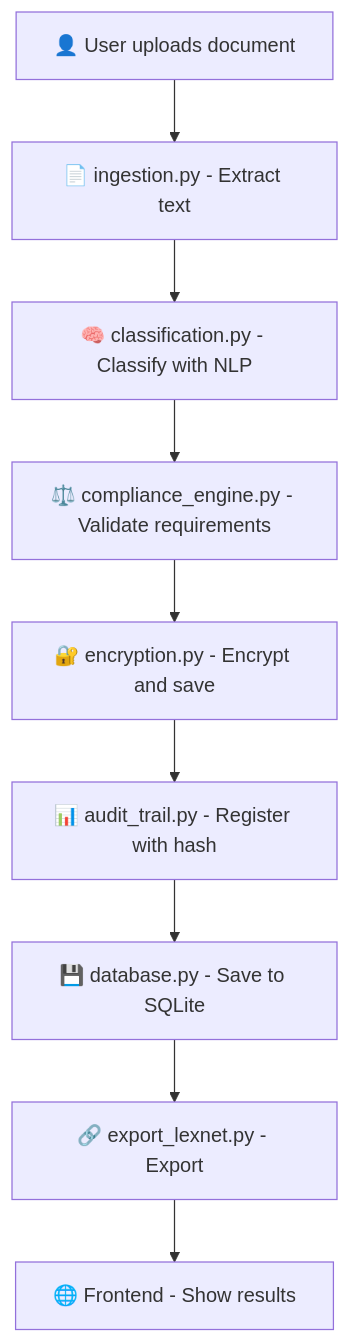
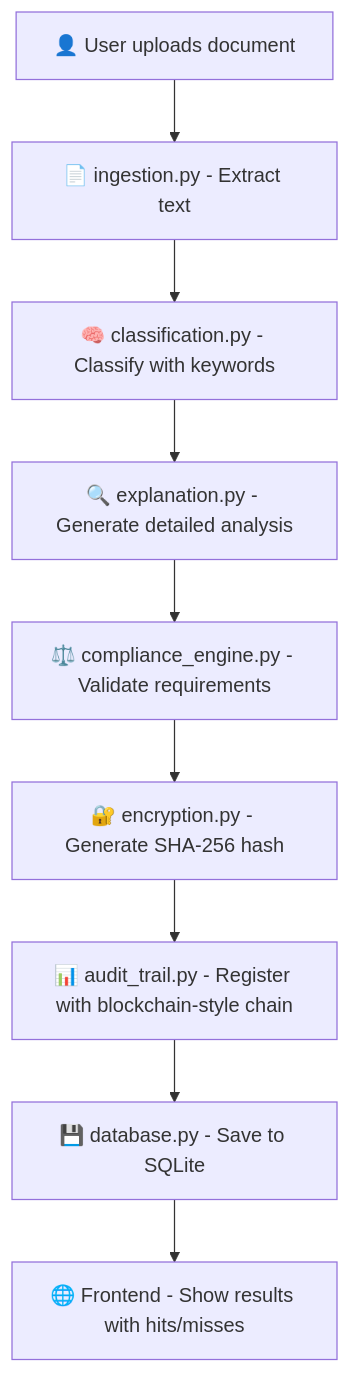
One commit to HeilyMadelay-hub/showcase-ai changed the diagram in README.md. Above: the diagram before and after it, drawn with Mermaid. The commit also changed other lines of this file, not shown here.

````diff
--- a/README.md
+++ b/README.md
@@ -175,11 +197,11 @@
 ```mermaid
 graph TD
     A[👤 User uploads document] --> B[📄 ingestion.py - Extract text]
-    B --> C[🧠 classification.py - Classify with NLP]  
-    C --> D[⚖️ compliance_engine.py - Validate requirements]
-    D --> E[🔐 encryption.py - Encrypt and save]
-    E --> F[📊 audit_trail.py - Register with hash]
-    F --> G[💾 database.py - Save to SQLite]
-    G --> H[🔗 export_lexnet.py - Export]
-    H --> I[🌐 Frontend - Show results]
+    B --> C[🧠 classification.py - Classify with keywords]  
+    C --> D[🔍 explanation.py - Generate detailed analysis]
+    D --> E[⚖️ compliance_engine.py - Validate requirements]
+    E --> F[🔐 encryption.py - Generate SHA-256 hash]
+    F --> G[📊 audit_trail.py - Register with blockchain-style chain]
+    G --> H[💾 database.py - Save to SQLite]
+    H --> I[🌐 Frontend - Show results with hits/misses]
 ```
````
